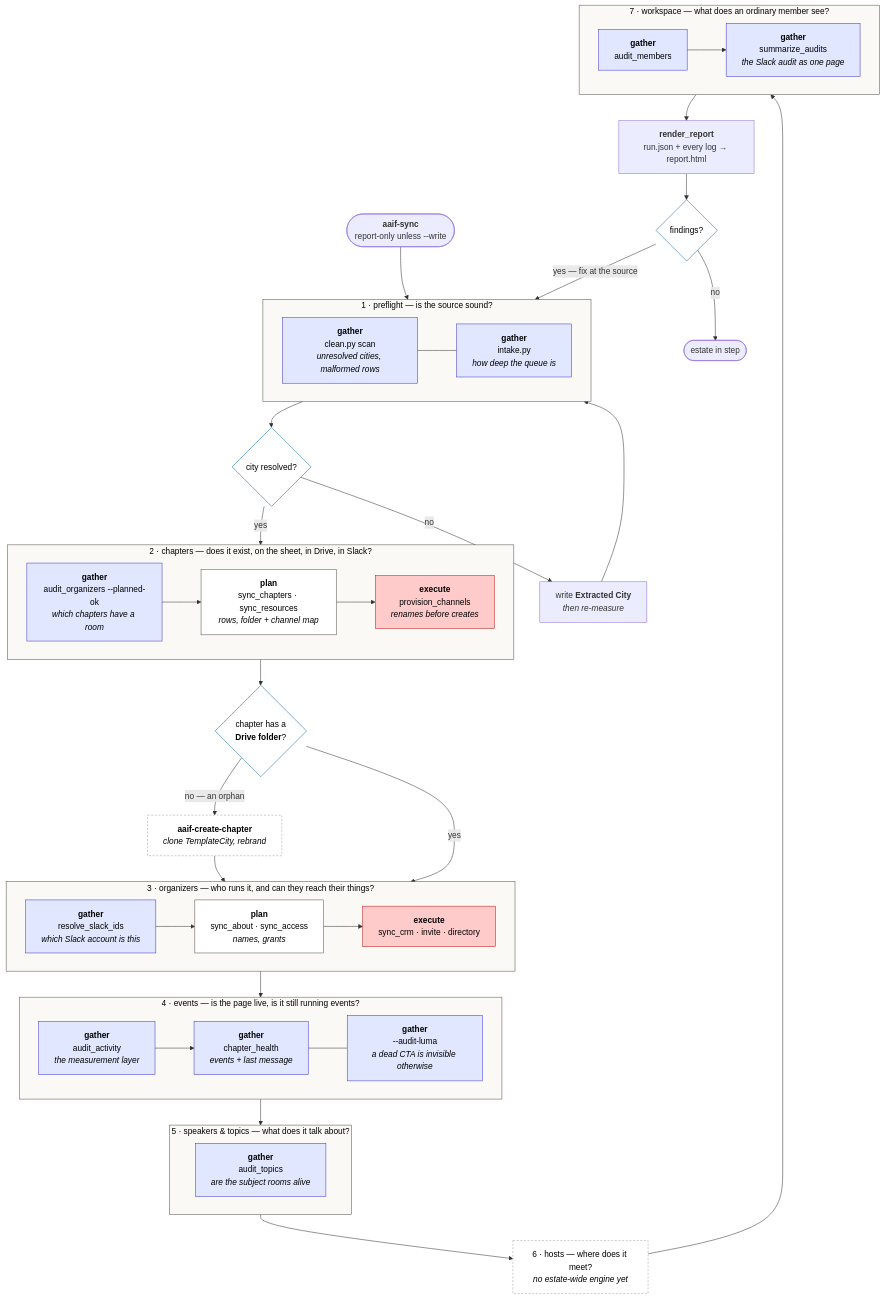
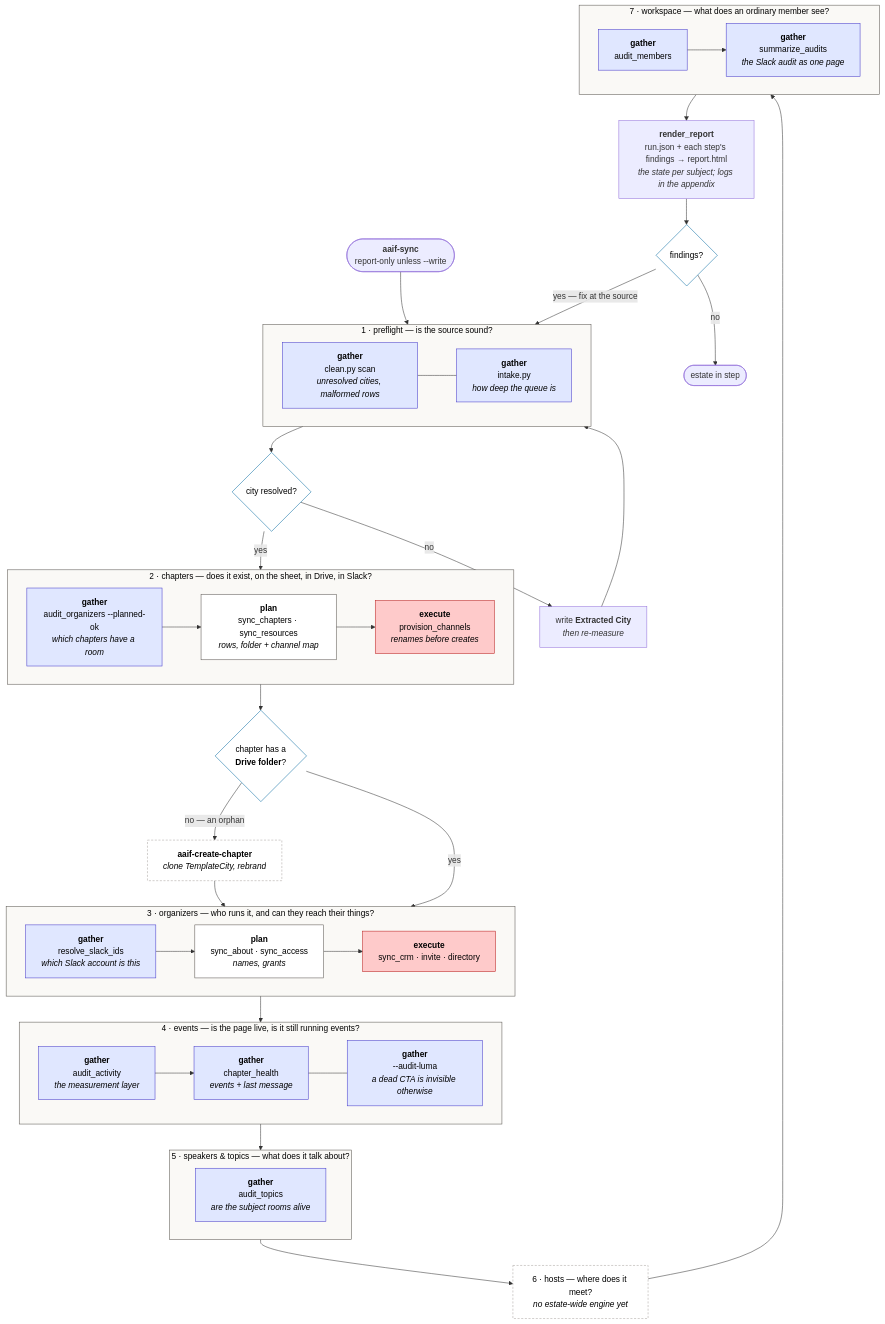
Before and after one commit to aaif/community-events: the first of 2 diagrams in README.md, drawn with Mermaid. The commit also changed 6 other files, not shown here.

First line of the commit message:
feat(sync): the run page opens on the state of the estate, logs in the appendix

```diff
--- a/README.md
+++ b/README.md
@@ -186,7 +186,7 @@
     end
     P6 --> P7
 
-    P7 --> REPORT["<b>render_report</b><br/>run.json + every log → report.html"]
+    P7 --> REPORT["<b>render_report</b><br/>run.json + each step's findings → report.html<br/><i>the state per subject; logs in the appendix</i>"]
     REPORT --> OUT{"findings?"}
     OUT -->|"yes — fix at the source"| P1
     OUT -->|"no"| DONE(["estate in step"])
```
